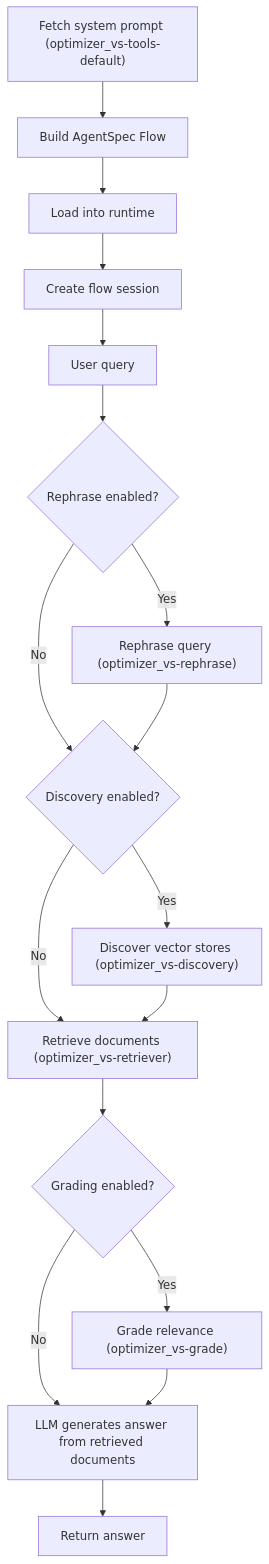
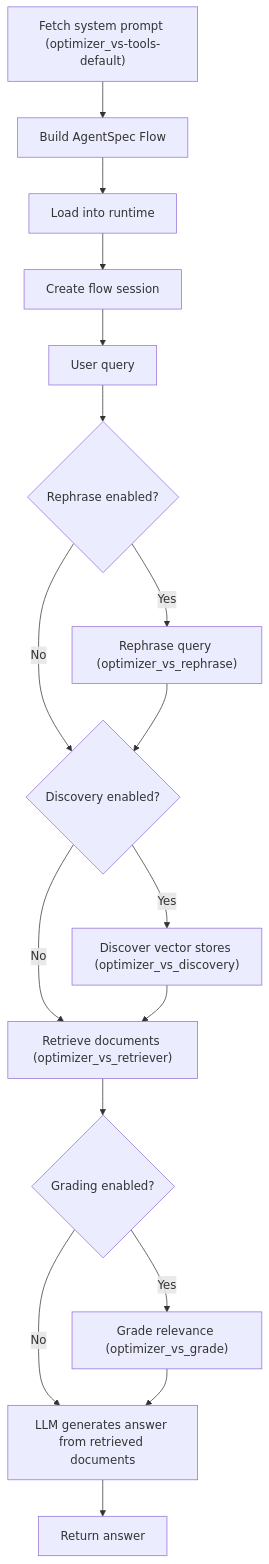
The diagram in docs/content/agents/vecsearch.md (oracle/ai-optimizer), drawn with Mermaid before and after one commit. The commit also changed other lines of this file and 13 other files, not shown here.

````diff
--- a/docs/content/agents/vecsearch.md
+++ b/docs/content/agents/vecsearch.md
@@ -9,19 +9,19 @@
 ```mermaid
 flowchart TD
     prompt["Fetch system prompt (optimizer_vs-tools-default)"] --> build["Build AgentSpec Flow"]
     build --> load["Load into runtime"]
     load --> session["Create flow session"]
     session --> input["User query"]
     input --> rephrase{"Rephrase enabled?"}
-    rephrase -->|Yes| rephrase_node["Rephrase query (optimizer_vs-rephrase)"]
+    rephrase -->|Yes| rephrase_node["Rephrase query (optimizer_vs_rephrase)"]
     rephrase -->|No| discovery
     rephrase_node --> discovery{"Discovery enabled?"}
-    discovery -->|Yes| discovery_node["Discover vector stores (optimizer_vs-discovery)"]
+    discovery -->|Yes| discovery_node["Discover vector stores (optimizer_vs_discovery)"]
     discovery -->|No| retriever
-    discovery_node --> retriever["Retrieve documents (optimizer_vs-retriever)"]
+    discovery_node --> retriever["Retrieve documents (optimizer_vs_retriever)"]
     retriever --> grade{"Grading enabled?"}
-    grade -->|Yes| grade_node["Grade relevance (optimizer_vs-grade)"]
+    grade -->|Yes| grade_node["Grade relevance (optimizer_vs_grade)"]
     grade -->|No| format
     grade_node --> format["LLM generates answer from retrieved documents"]
     format --> finish["Return answer"]
 ```
````
